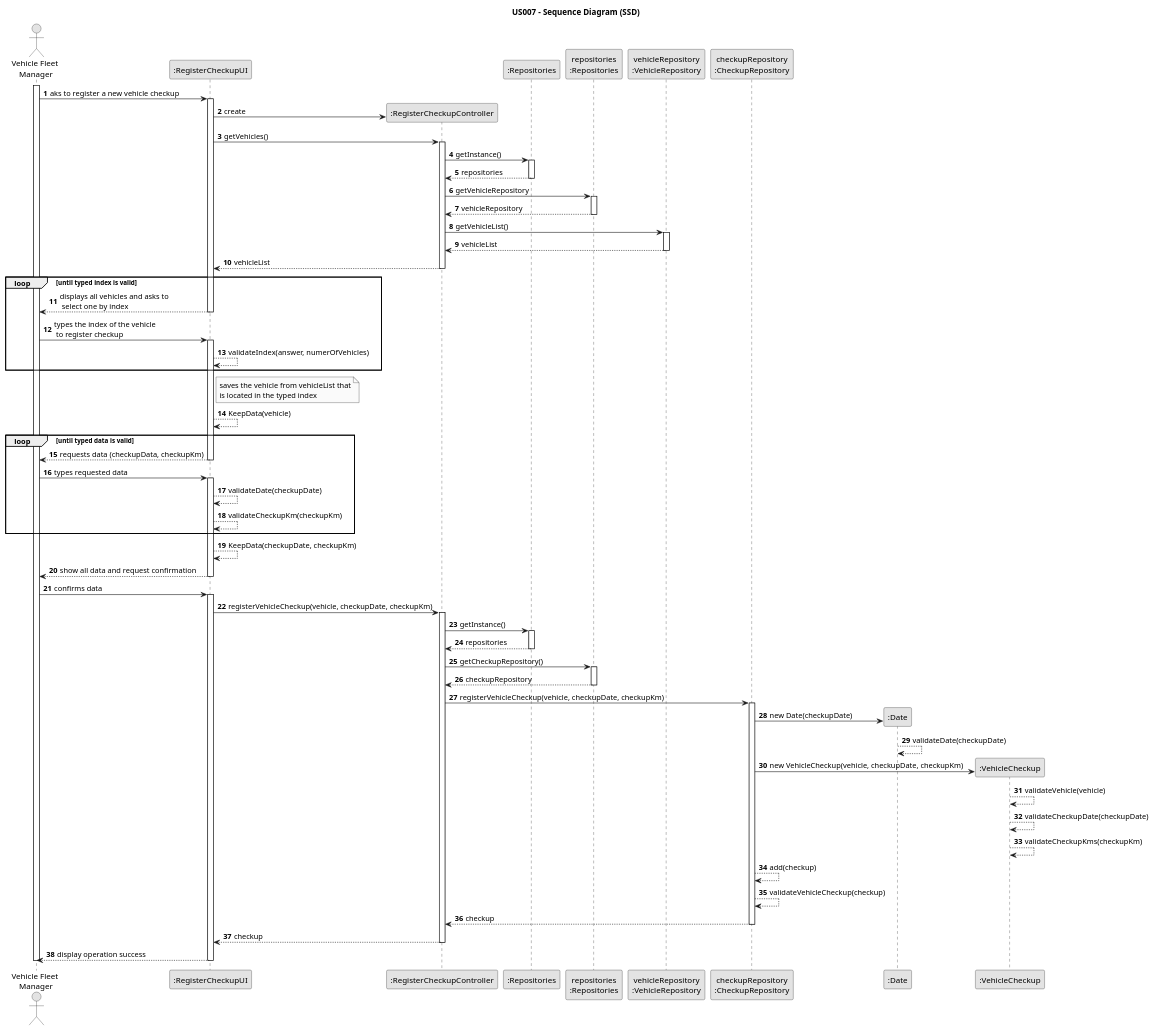
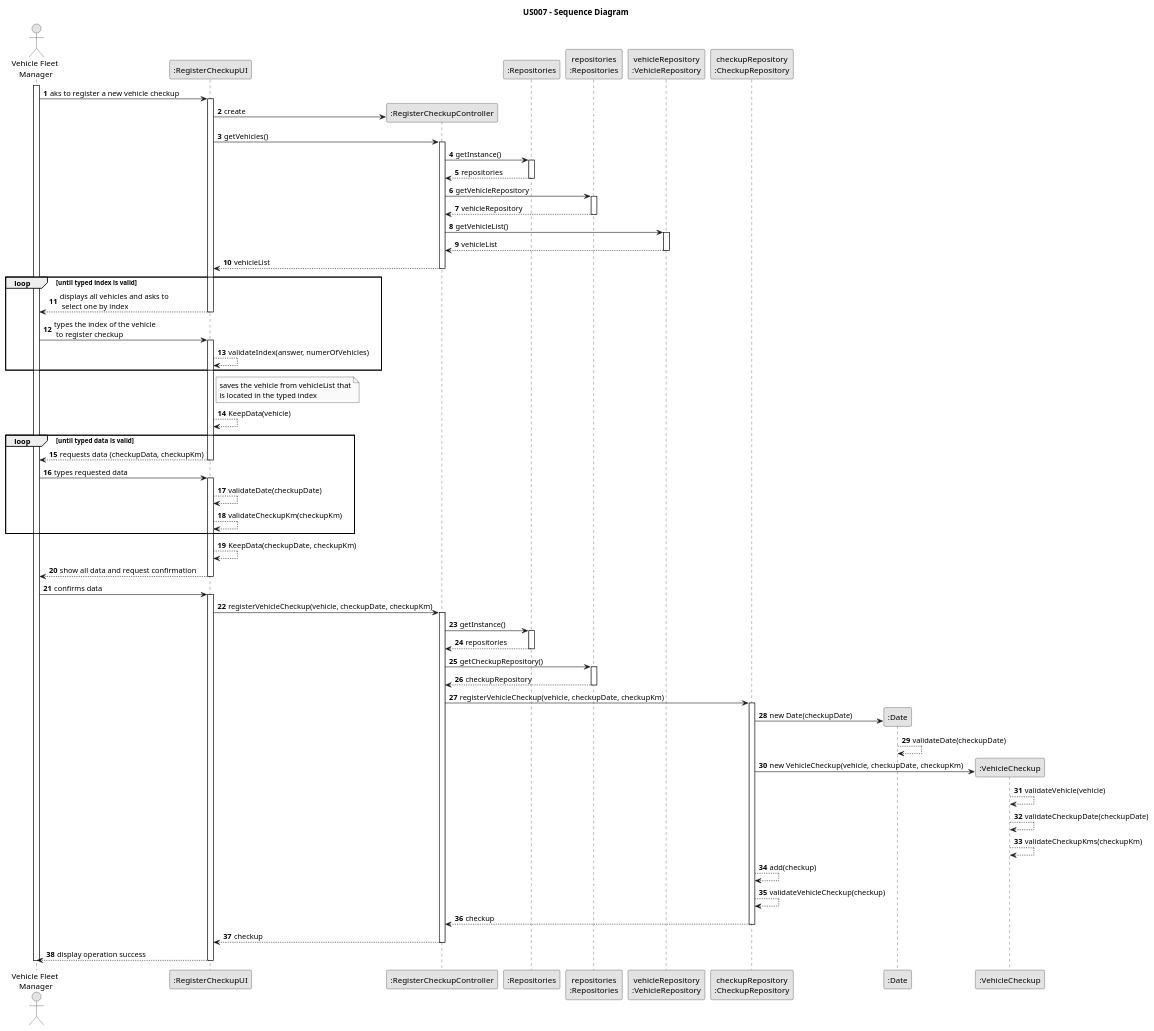
One commit to Rui-San/LAPR2_2023_2024 changed the diagram in docs/sprintB/us007/03.design/puml/us007-sequence-diagram-full.puml. Above: the diagram before and after it, drawn with PlantUML. The commit also changed 5 other files, not shown here.

Commit message:
US007 - Fixed errors and private/public methods on class diagram and new svg

```diff
--- a/docs/sprintB/us007/03.design/puml/us007-sequence-diagram-full.puml
+++ b/docs/sprintB/us007/03.design/puml/us007-sequence-diagram-full.puml
@@ -1,115 +1,115 @@
 @startuml
 skinparam monochrome true
 skinparam packageStyle rectangle
 skinparam shadowing false
 
-title US007 - Sequence Diagram (SSD)
+title US007 - Sequence Diagram
 
 autonumber
 
 actor "Vehicle Fleet\n Manager" as VFM
 participant ":RegisterCheckupUI" as UI
 participant ":RegisterCheckupController" as CTRL
 participant ":Repositories" as REPOS
 participant "repositories\n:Repositories" as REPOSInstance
 participant "vehicleRepository\n:VehicleRepository" as VehicleREPO
 participant "checkupRepository\n:CheckupRepository" as CheckupREPO
 participant ":Date" as Date
 participant ":VehicleCheckup" as Checkup
 
 activate VFM
 
     VFM -> UI : aks to register a new vehicle checkup
     activate UI
 
         UI -> CTRL** : create
         UI -> CTRL : getVehicles()
         activate CTRL
 
             CTRL -> REPOS : getInstance()
             activate REPOS
 
                 REPOS --> CTRL : repositories
             deactivate REPOS
 
             CTRL -> REPOSInstance : getVehicleRepository
             activate REPOSInstance
 
                 REPOSInstance --> CTRL : vehicleRepository
             deactivate REPOSInstance
 
             CTRL -> VehicleREPO : getVehicleList()
             activate VehicleREPO
 
                 VehicleREPO --> CTRL : vehicleList
             deactivate VehicleREPO
             CTRL --> UI : vehicleList
         deactivate CTRL
 loop until typed index is valid
         UI --> VFM : displays all vehicles and asks to\n select one by index
     deactivate UI
 
     VFM -> UI : types the index of the vehicle\n to register checkup
     activate UI
         UI --> UI : validateIndex(answer, numerOfVehicles)
 end loop
         note right of UI
             saves the vehicle from vehicleList that
             is located in the typed index
         end note
         UI --> UI : KeepData(vehicle)
 loop until typed data is valid
         UI --> VFM : requests data (checkupData, checkupKm)
     deactivate UI
 
     VFM -> UI : types requested data
     activate UI
 
         UI --> UI : validateDate(checkupDate)
         UI --> UI : validateCheckupKm(checkupKm)
 end loop
         UI --> UI : KeepData(checkupDate, checkupKm)
         UI --> VFM : show all data and request confirmation
     deactivate UI
 
     VFM -> UI : confirms data
     activate UI
 
         UI -> CTRL : registerVehicleCheckup(vehicle, checkupDate, checkupKm)
         activate CTRL
 
             CTRL -> REPOS : getInstance()
             activate REPOS
 
                 REPOS --> CTRL : repositories
             deactivate REPOS
 
             CTRL -> REPOSInstance : getCheckupRepository()
             activate REPOSInstance
 
                 REPOSInstance --> CTRL : checkupRepository
             deactivate REPOSInstance
 
             CTRL -> CheckupREPO : registerVehicleCheckup(vehicle, checkupDate, checkupKm)
             activate CheckupREPO
 
                 CheckupREPO -> Date** : new Date(checkupDate)
                     Date --> Date : validateDate(checkupDate)
                 CheckupREPO -> Checkup** : new VehicleCheckup(vehicle, checkupDate, checkupKm)
                     Checkup --> Checkup : validateVehicle(vehicle)
                     Checkup --> Checkup : validateCheckupDate(checkupDate)
                     Checkup --> Checkup : validateCheckupKms(checkupKm)
                 CheckupREPO --> CheckupREPO : add(checkup)
                 CheckupREPO --> CheckupREPO : validateVehicleCheckup(checkup)
                 CheckupREPO --> CTRL : checkup
             deactivate CheckupREPO
 
             CTRL --> UI : checkup
         deactivate CTRL
 
         UI --> VFM : display operation success
     deactivate UI
 
 deactivate VFM
 
 @enduml
```
